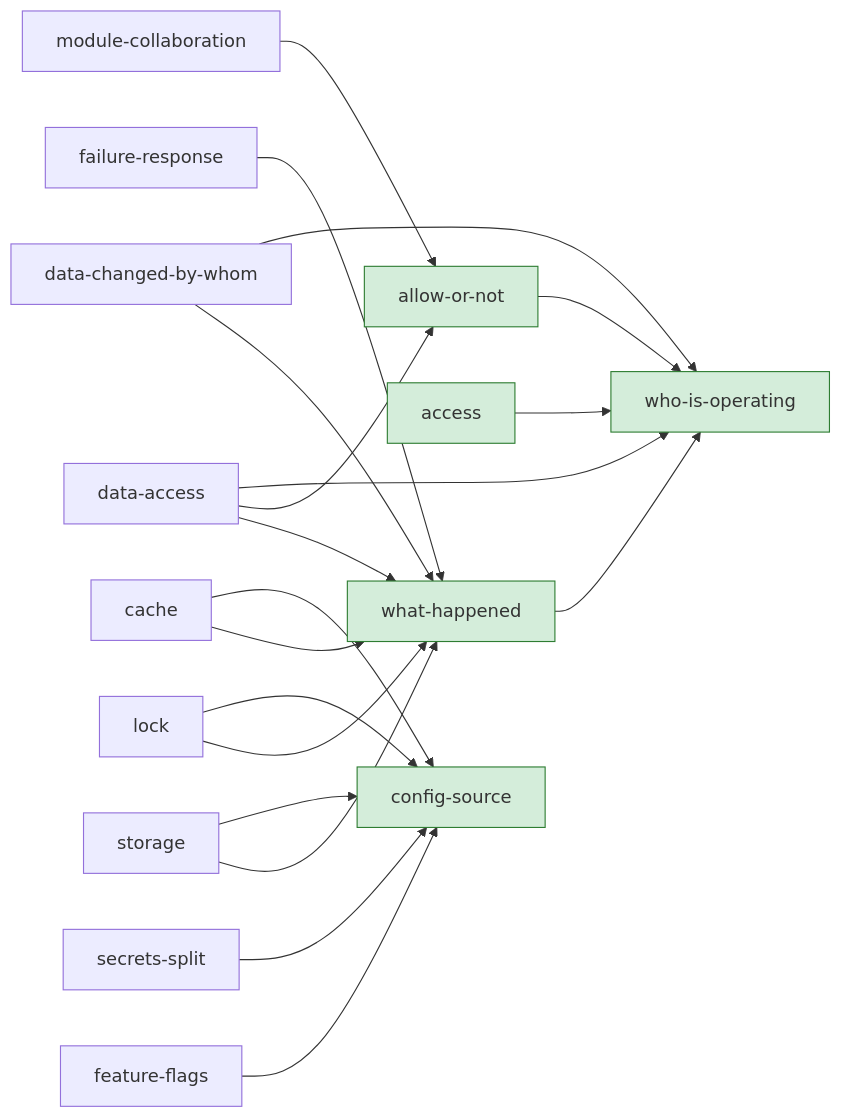
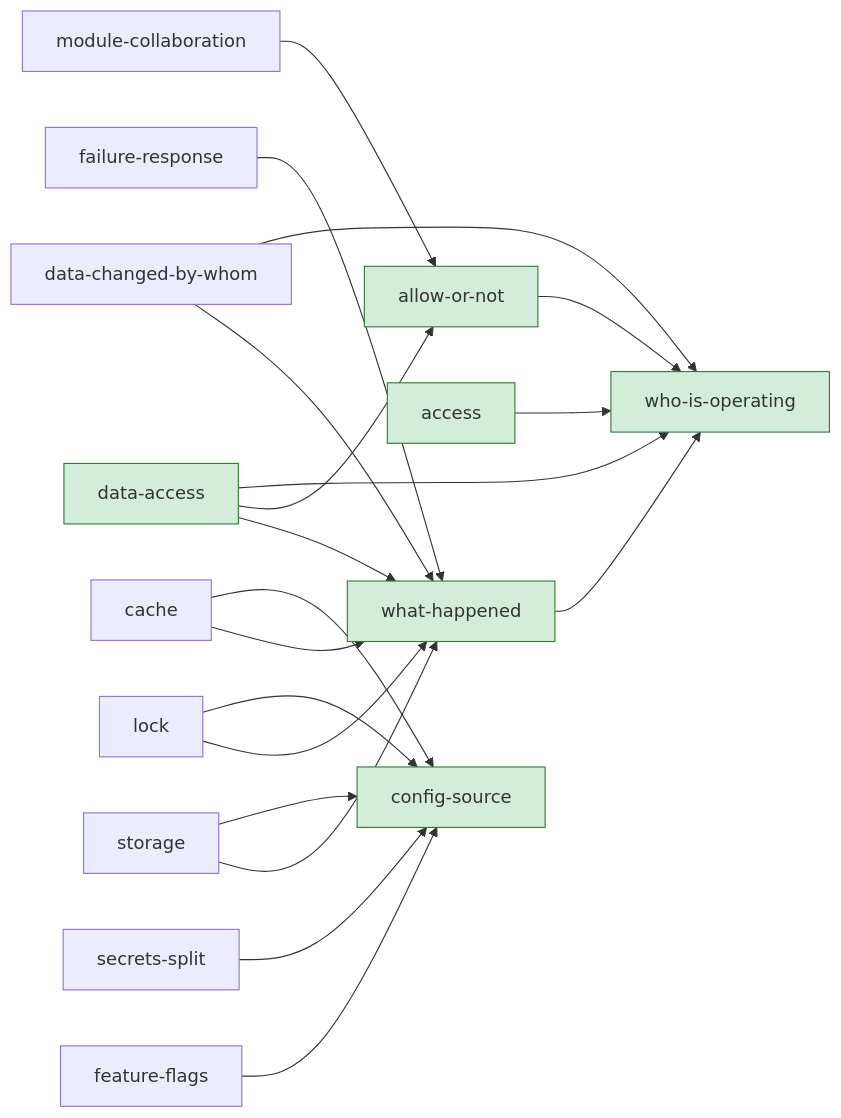
The second of 2 diagrams in docs/architecture/views.md (helloworldtang/leitu), drawn with Mermaid before and after one commit. The commit also changed other lines of this file and 24 other files, not shown here.

Commit message:
feat(capability): 数据访问——第六条五件套答案（审计四件套自动盖章/租户作用域读写/数据权限走判定链/内存兜底大声标注；data-access answered）

````diff
--- a/docs/architecture/views.md
+++ b/docs/architecture/views.md
@@ -51,27 +51,28 @@
 ```mermaid
 graph LR
   allow-or-not --> who-is-operating
   what-happened --> who-is-operating
   failure-response --> what-happened
   data-changed-by-whom --> who-is-operating
   data-changed-by-whom --> what-happened
   module-collaboration --> allow-or-not
   data-access --> who-is-operating
   data-access --> allow-or-not
   data-access --> what-happened
   access --> who-is-operating
   cache --> config-source
   cache --> what-happened
   lock --> config-source
   lock --> what-happened
   storage --> config-source
   storage --> what-happened
   secrets-split --> config-source
   feature-flags --> config-source
   class config-source answered
   class who-is-operating answered
   class allow-or-not answered
   class what-happened answered
+  class data-access answered
   class access answered
   classDef answered fill:#d4edda,stroke:#2e7d32
 ```
````
